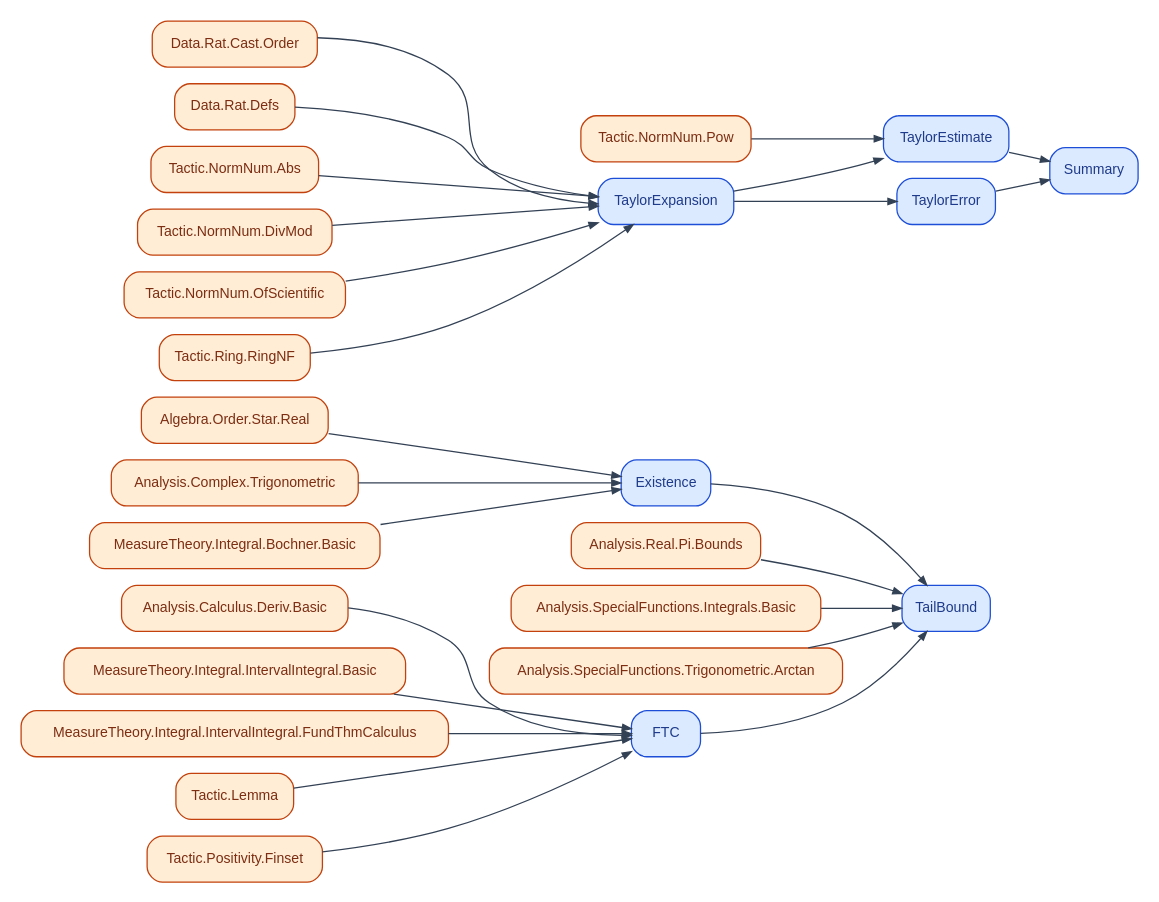
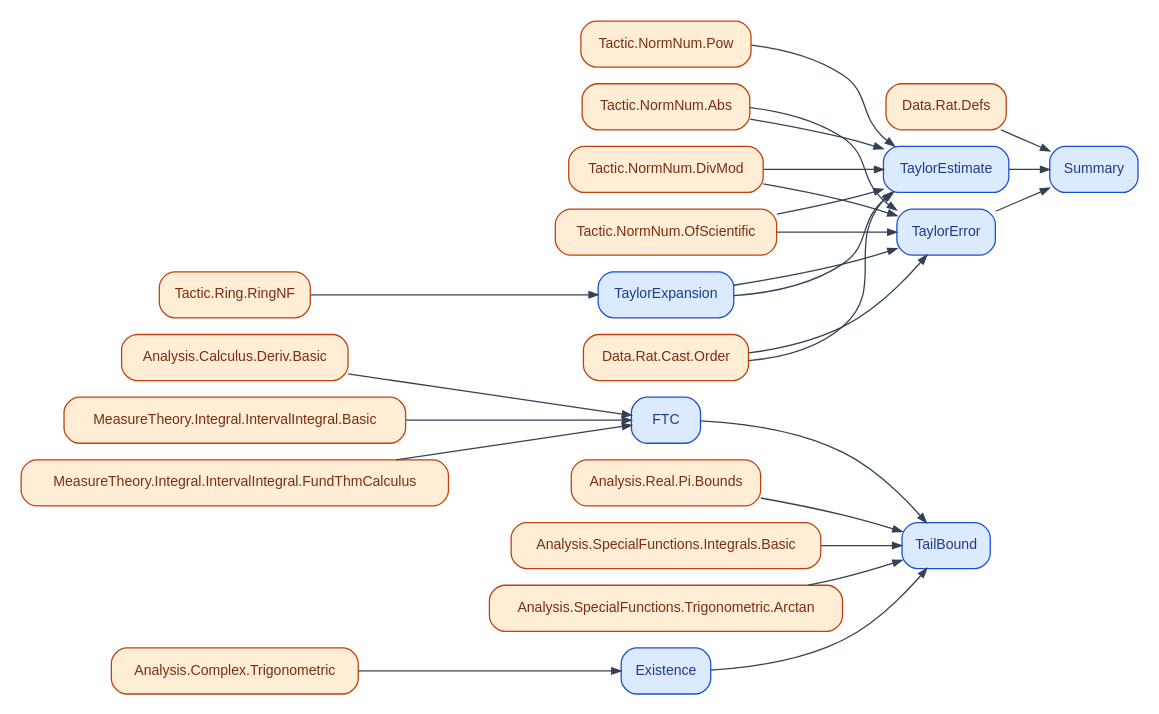
The diagram in figures/deps/Course21122.dot (catskillsresearch/BachelorsInMeasurementTheory), drawn with Graphviz before and after one commit. The commit also changed 17 other files, not shown here.

```diff
--- a/figures/deps/Course21122.dot
+++ b/figures/deps/Course21122.dot
@@ -1,57 +1,53 @@
 digraph Course21122 {
   rankdir=LR;
   graph [nodesep=0.18, ranksep=0.45, pad=0.12, bgcolor="white"];
   node [shape=box, style="rounded,filled", fontname="Helvetica", fontsize=11];
   edge [color="#334155", arrowsize=0.7];
 
-  LAlgebraOrderStarReal [label="Algebra.Order.Star.Real", fillcolor="#ffedd5", color="#c2410c", fontcolor="#7c2d12"];
   LAnalysisCalculusDerivBasic [label="Analysis.Calculus.Deriv.Basic", fillcolor="#ffedd5", color="#c2410c", fontcolor="#7c2d12"];
   LAnalysisComplexTrigonometric [label="Analysis.Complex.Trigonometric", fillcolor="#ffedd5", color="#c2410c", fontcolor="#7c2d12"];
   LAnalysisRealPiBounds [label="Analysis.Real.Pi.Bounds", fillcolor="#ffedd5", color="#c2410c", fontcolor="#7c2d12"];
   LAnalysisSpecialFunctionsIntegralsBasic [label="Analysis.SpecialFunctions.Integrals.Basic", fillcolor="#ffedd5", color="#c2410c", fontcolor="#7c2d12"];
   LAnalysisSpecialFunctionsTrigonometricArctan [label="Analysis.SpecialFunctions.Trigonometric.Arctan", fillcolor="#ffedd5", color="#c2410c", fontcolor="#7c2d12"];
   LDataRatCastOrder [label="Data.Rat.Cast.Order", fillcolor="#ffedd5", color="#c2410c", fontcolor="#7c2d12"];
   LDataRatDefs [label="Data.Rat.Defs", fillcolor="#ffedd5", color="#c2410c", fontcolor="#7c2d12"];
-  LMeasureTheoryIntegralBochnerBasic [label="MeasureTheory.Integral.Bochner.Basic", fillcolor="#ffedd5", color="#c2410c", fontcolor="#7c2d12"];
   LMeasureTheoryIntegralIntervalIntegralBasic [label="MeasureTheory.Integral.IntervalIntegral.Basic", fillcolor="#ffedd5", color="#c2410c", fontcolor="#7c2d12"];
   LMeasureTheoryIntegralIntervalIntegralFundThmCalculus [label="MeasureTheory.Integral.IntervalIntegral.FundThmCalculus", fillcolor="#ffedd5", color="#c2410c", fontcolor="#7c2d12"];
-  LTacticLemma [label="Tactic.Lemma", fillcolor="#ffedd5", color="#c2410c", fontcolor="#7c2d12"];
   LTacticNormNumAbs [label="Tactic.NormNum.Abs", fillcolor="#ffedd5", color="#c2410c", fontcolor="#7c2d12"];
   LTacticNormNumDivMod [label="Tactic.NormNum.DivMod", fillcolor="#ffedd5", color="#c2410c", fontcolor="#7c2d12"];
   LTacticNormNumOfScientific [label="Tactic.NormNum.OfScientific", fillcolor="#ffedd5", color="#c2410c", fontcolor="#7c2d12"];
   LTacticNormNumPow [label="Tactic.NormNum.Pow", fillcolor="#ffedd5", color="#c2410c", fontcolor="#7c2d12"];
-  LTacticPositivityFinset [label="Tactic.Positivity.Finset", fillcolor="#ffedd5", color="#c2410c", fontcolor="#7c2d12"];
   LTacticRingRingNF [label="Tactic.Ring.RingNF", fillcolor="#ffedd5", color="#c2410c", fontcolor="#7c2d12"];
   MFTC [label="FTC", fillcolor="#dbeafe", color="#1d4ed8", fontcolor="#1e3a8a"];
   MExistence [label="Existence", fillcolor="#dbeafe", color="#1d4ed8", fontcolor="#1e3a8a"];
   MTailBound [label="TailBound", fillcolor="#dbeafe", color="#1d4ed8", fontcolor="#1e3a8a"];
   MTaylorExpansion [label="TaylorExpansion", fillcolor="#dbeafe", color="#1d4ed8", fontcolor="#1e3a8a"];
   MTaylorEstimate [label="TaylorEstimate", fillcolor="#dbeafe", color="#1d4ed8", fontcolor="#1e3a8a"];
   MTaylorError [label="TaylorError", fillcolor="#dbeafe", color="#1d4ed8", fontcolor="#1e3a8a"];
   MSummary [label="Summary", fillcolor="#dbeafe", color="#1d4ed8", fontcolor="#1e3a8a"];
 
+  LMeasureTheoryIntegralIntervalIntegralBasic -> MFTC;
   LAnalysisCalculusDerivBasic -> MFTC;
-  LMeasureTheoryIntegralIntervalIntegralBasic -> MFTC;
-  LTacticLemma -> MFTC;
   LMeasureTheoryIntegralIntervalIntegralFundThmCalculus -> MFTC;
-  LTacticPositivityFinset -> MFTC;
-  LMeasureTheoryIntegralBochnerBasic -> MExistence;
-  LAlgebraOrderStarReal -> MExistence;
   LAnalysisComplexTrigonometric -> MExistence;
+  LAnalysisSpecialFunctionsIntegralsBasic -> MTailBound;
   LAnalysisRealPiBounds -> MTailBound;
-  LAnalysisSpecialFunctionsIntegralsBasic -> MTailBound;
   LAnalysisSpecialFunctionsTrigonometricArctan -> MTailBound;
   MFTC -> MTailBound;
   MExistence -> MTailBound;
-  LDataRatDefs -> MTaylorExpansion;
-  LTacticNormNumAbs -> MTaylorExpansion;
-  LTacticNormNumOfScientific -> MTaylorExpansion;
   LTacticRingRingNF -> MTaylorExpansion;
-  LTacticNormNumDivMod -> MTaylorExpansion;
-  LDataRatCastOrder -> MTaylorExpansion;
+  LDataRatCastOrder -> MTaylorEstimate;
   LTacticNormNumPow -> MTaylorEstimate;
+  LTacticNormNumDivMod -> MTaylorEstimate;
+  LTacticNormNumAbs -> MTaylorEstimate;
+  LTacticNormNumOfScientific -> MTaylorEstimate;
   MTaylorExpansion -> MTaylorEstimate;
+  LDataRatCastOrder -> MTaylorError;
+  LTacticNormNumDivMod -> MTaylorError;
+  LTacticNormNumAbs -> MTaylorError;
+  LTacticNormNumOfScientific -> MTaylorError;
   MTaylorExpansion -> MTaylorError;
+  LDataRatDefs -> MSummary;
   MTaylorError -> MSummary;
   MTaylorEstimate -> MSummary;
 }
```
